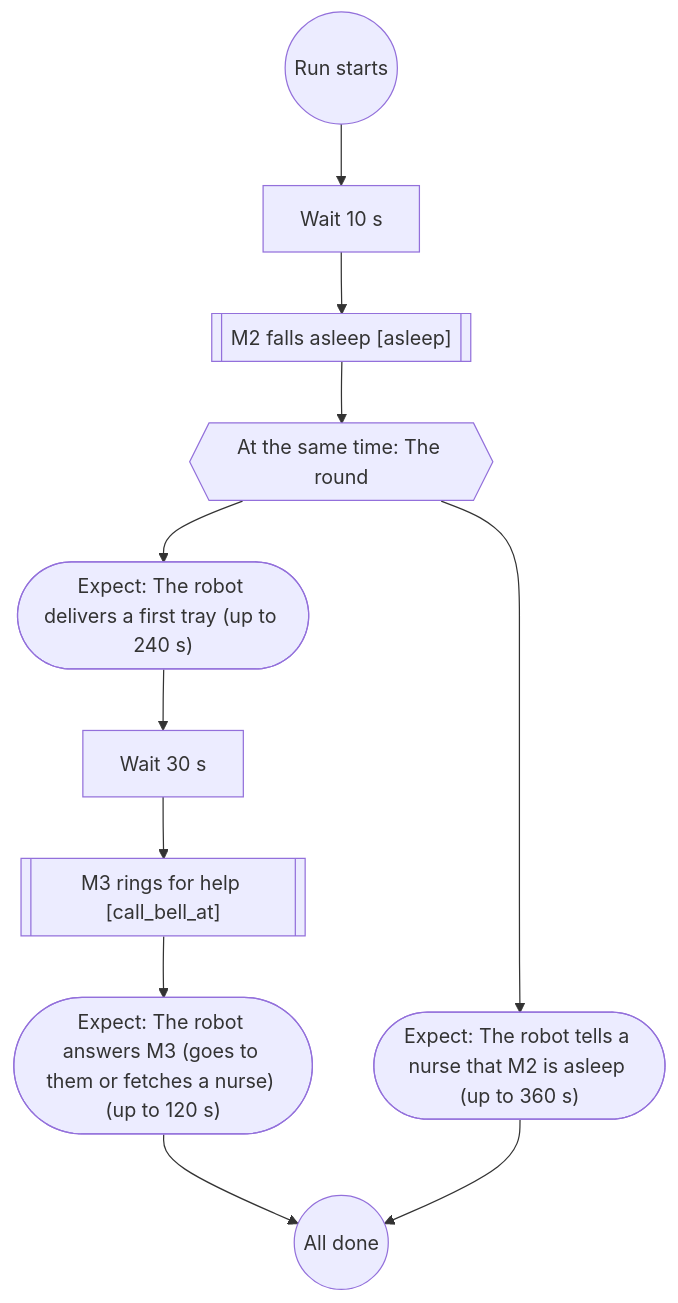
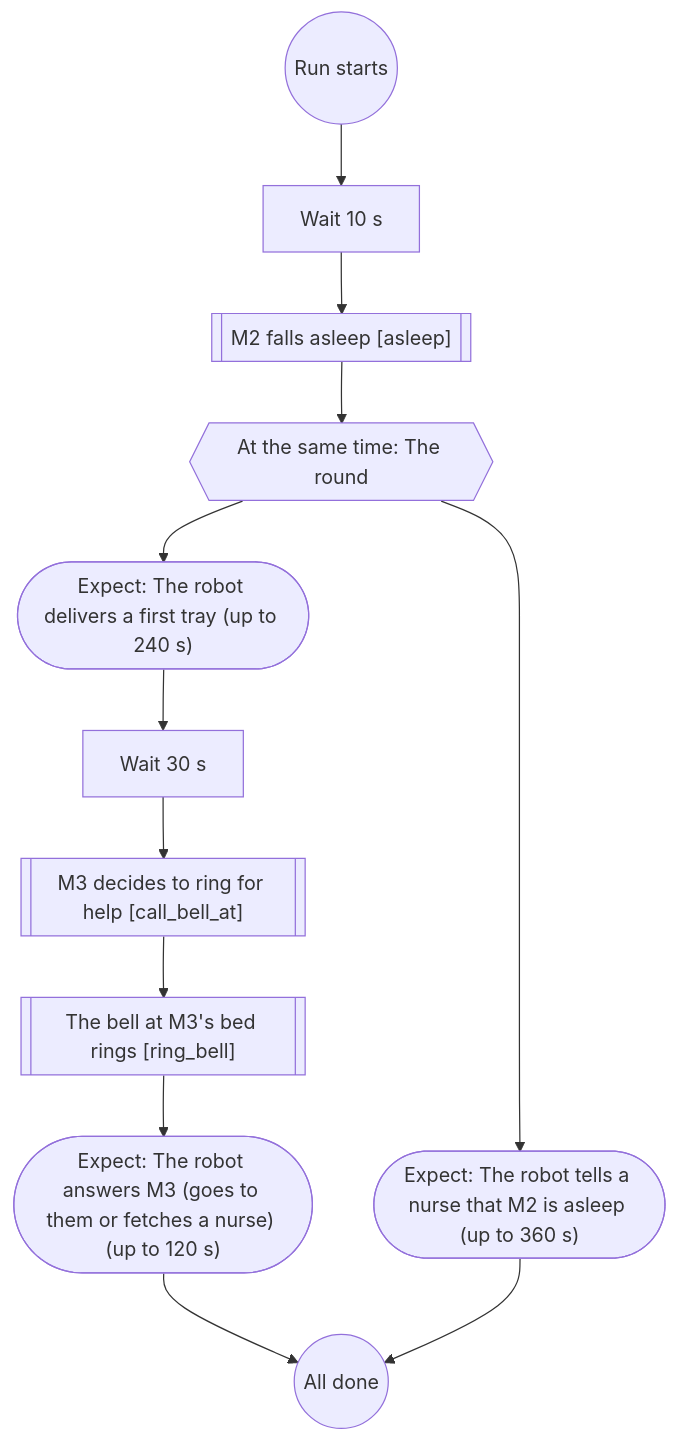
One commit to Bkrakshith/hospital-sim-agents changed the third of 9 diagrams in docs/scenario-flows.md. Above: the diagram before and after it, drawn with Mermaid. The commit also changed other lines of this file and 6 other files, not shown here.

First line of the commit message:
People can follow a nurse and sit down without naming a seat; the bell flows ring the bell for certain

````diff
--- a/docs/scenario-flows.md
+++ b/docs/scenario-flows.md
@@ -82,23 +82,25 @@
 ```mermaid
 flowchart TD
   n1(("Run starts"))
   n2["Wait 10 s"]
   n1 --> n2
   n3[["M2 falls asleep [asleep]"]]
   n2 --> n3
   n4{{"At the same time: The round"}}
   n3 --> n4
   n5(["Expect: The robot delivers a first tray (up to 240 s)"])
   n4 --> n5
   n6["Wait 30 s"]
   n5 --> n6
-  n7[["M3 rings for help [call_bell_at]"]]
+  n7[["M3 decides to ring for help [call_bell_at]"]]
   n6 --> n7
-  n8(["Expect: The robot answers M3 (goes to them or fetches a nurse) (up to 120 s)"])
+  n8[["The bell at M3's bed rings [ring_bell]"]]
   n7 --> n8
-  n9(["Expect: The robot tells a nurse that M2 is asleep (up to 360 s)"])
-  n4 --> n9
-  n10(("All done"))
-  n8 --> n10
-  n9 --> n10
+  n9(["Expect: The robot answers M3 (goes to them or fetches a nurse) (up to 120 s)"])
+  n8 --> n9
+  n10(["Expect: The robot tells a nurse that M2 is asleep (up to 360 s)"])
+  n4 --> n10
+  n11(("All done"))
+  n9 --> n11
+  n10 --> n11
 ```
````
